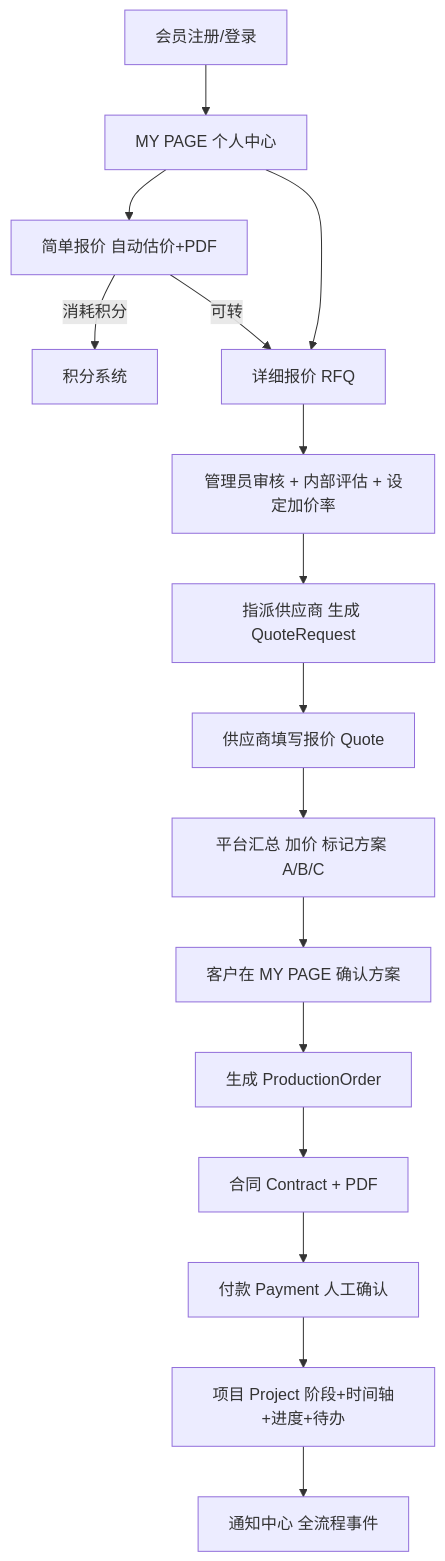
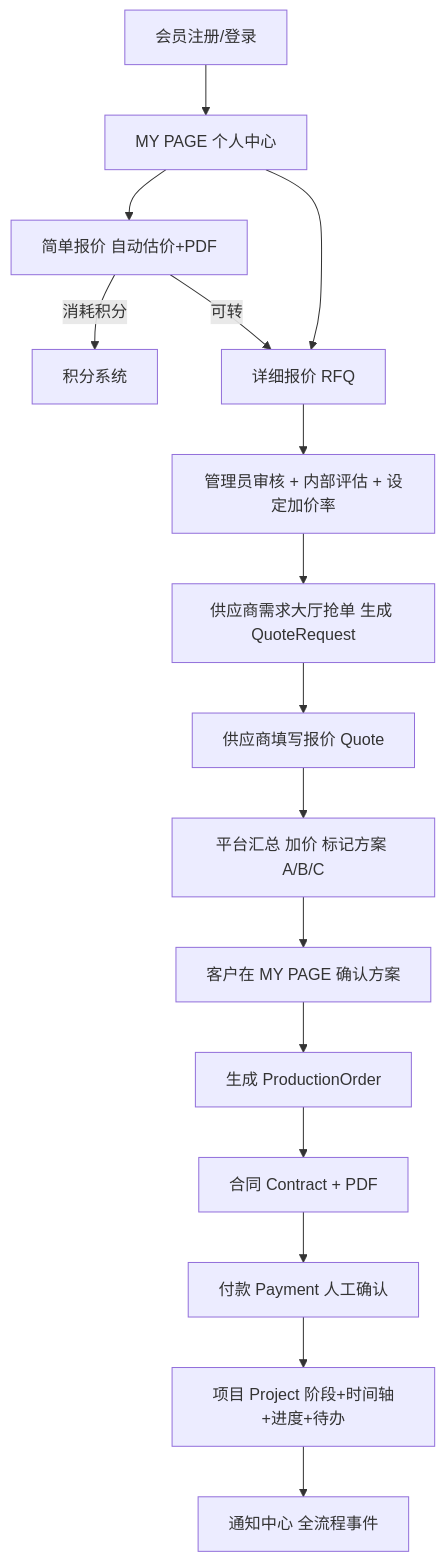
One commit to Rookie1997zhu/mass-connected changed the diagram in MASS CONNECTED 平台文档.md. Above: the diagram before and after it, drawn with Mermaid. The commit also changed other lines of this file and 76 other files, not shown here.

````diff
--- a/MASS CONNECTED 平台文档.md
+++ b/MASS CONNECTED 平台文档.md
@@ -89,18 +89,18 @@
 ```mermaid
 flowchart TD
   reg[会员注册/登录] --> mypage[MY PAGE 个人中心]
   mypage --> simple[简单报价 自动估价+PDF]
   simple -->|消耗积分| points[积分系统]
   simple -->|可转| detail[详细报价 RFQ]
   mypage --> detail
   detail --> adminReview[管理员审核 + 内部评估 + 设定加价率]
-  adminReview --> assign[指派供应商 生成 QuoteRequest]
-  assign --> supQuote[供应商填写报价 Quote]
+  adminReview --> grab[供应商需求大厅抢单 生成 QuoteRequest]
+  grab --> supQuote[供应商填写报价 Quote]
   supQuote --> compare[平台汇总 加价 标记方案 A/B/C]
   compare --> custConfirm[客户在 MY PAGE 确认方案]
   custConfirm --> order[生成 ProductionOrder]
   order --> contract[合同 Contract + PDF]
   contract --> pay[付款 Payment 人工确认]
   pay --> project[项目 Project 阶段+时间轴+进度+待办]
   project --> notify[通知中心 全流程事件]
 ```
````
